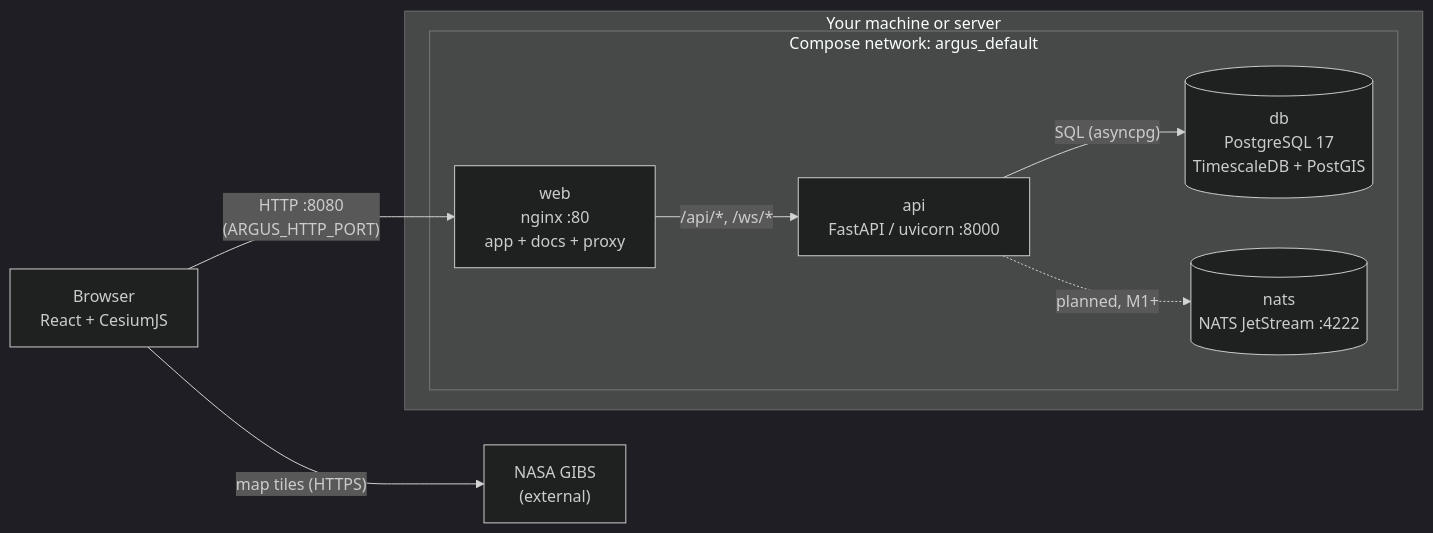
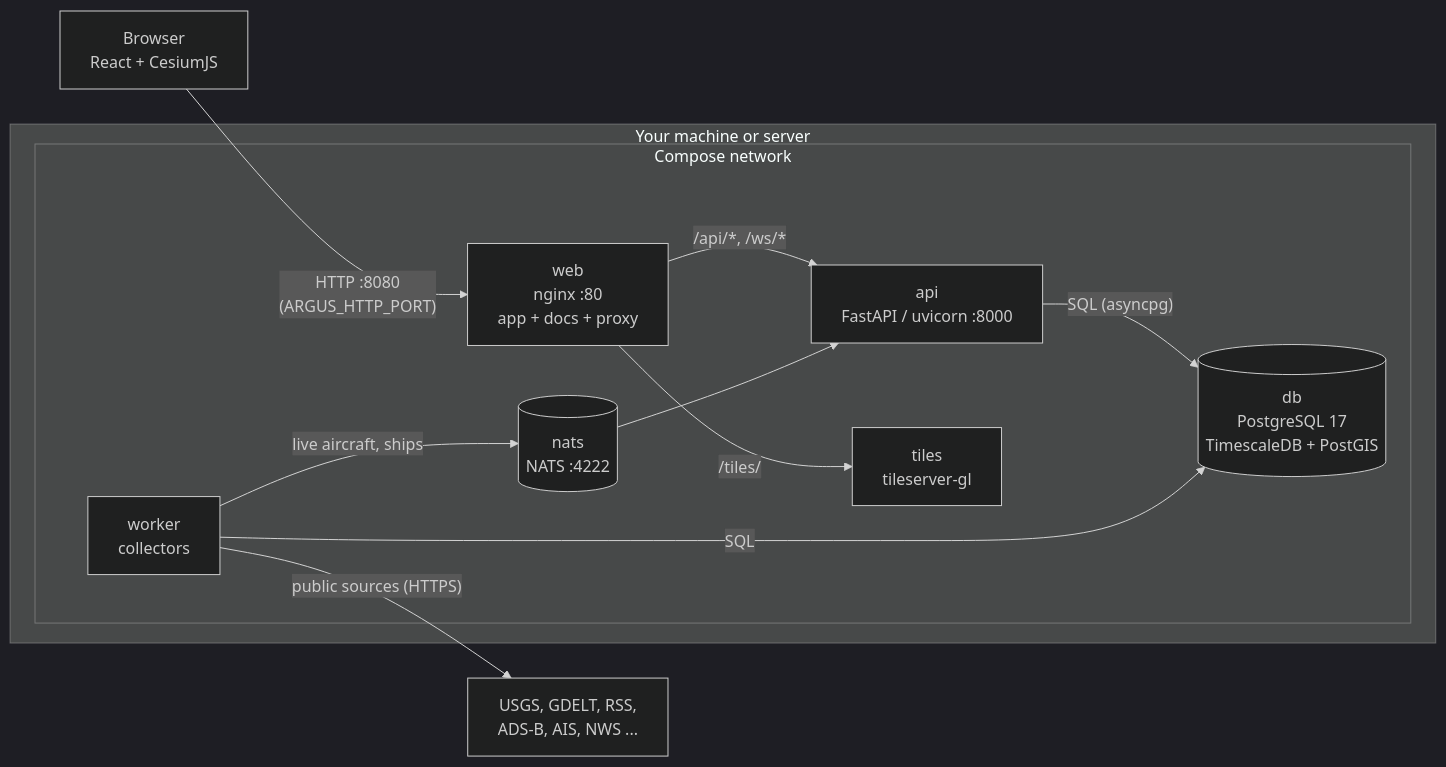
One commit to twillislabs/argus changed the diagram in docs-site/docs/technical/overview.md. Above: the diagram before and after it, drawn with Mermaid (dark theme). The commit also changed other lines of this file and 12 other files, not shown here.

````diff
--- a/docs-site/docs/technical/overview.md
+++ b/docs-site/docs/technical/overview.md
@@ -11,16 +11,21 @@
 ```mermaid
 flowchart LR
   subgraph host[Your machine or server]
-    subgraph net[Compose network: argus_default]
+    subgraph net[Compose network]
       web["web<br/>nginx :80<br/>app + docs + proxy"]
       api["api<br/>FastAPI / uvicorn :8000"]
+      worker["worker<br/>collectors"]
       db[("db<br/>PostgreSQL 17<br/>TimescaleDB + PostGIS")]
-      nats[("nats<br/>NATS JetStream :4222")]
+      nats[("nats<br/>NATS :4222")]
+      tiles["tiles<br/>tileserver-gl"]
     end
   end
   browser["Browser<br/>React + CesiumJS"] -->|"HTTP :8080<br/>(ARGUS_HTTP_PORT)"| web
   web -->|"/api/*, /ws/*"| api
+  web -->|"/tiles/"| tiles
   api -->|"SQL (asyncpg)"| db
-  api -.->|"planned, M1+"| nats
-  browser -->|"map tiles (HTTPS)"| gibs["NASA GIBS<br/>(external)"]
+  worker -->|"SQL"| db
+  worker -->|"live aircraft, ships"| nats
+  nats --> api
+  worker -->|"public sources (HTTPS)"| ext["USGS, GDELT, RSS,<br/>ADS-B, AIS, NWS ..."]
 ```
````
